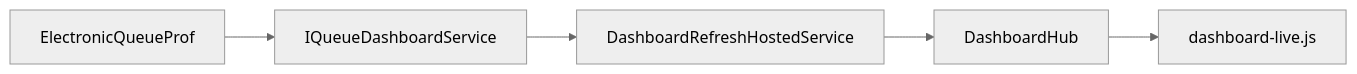
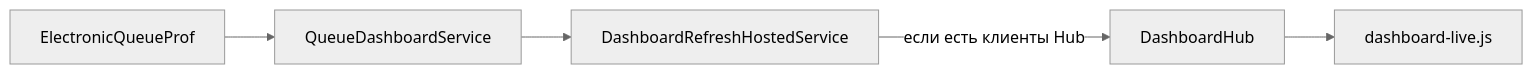
The diagram in WebApplication/docs/archive/project-requirements/dashboard-live-monitoring-minimum.md (qelezy/queue_system), drawn with Mermaid (neutral theme) before and after one commit. The commit also changed other lines of this file and 197 other files, not shown here.

````diff
--- a/WebApplication/docs/archive/project-requirements/dashboard-live-monitoring-minimum.md
+++ b/WebApplication/docs/archive/project-requirements/dashboard-live-monitoring-minimum.md
@@ -25,13 +25,13 @@
 ```mermaid
 flowchart LR
   eqDb["ElectronicQueueProf"]
-  dashboardSvc["IQueueDashboardService"]
+  dashboardSvc["QueueDashboardService"]
   hosted["DashboardRefreshHostedService"]
   hub["DashboardHub"]
   browser["dashboard-live.js"]
 
   eqDb --> dashboardSvc
   dashboardSvc --> hosted
-  hosted --> hub
+  hosted -->|"если есть клиенты Hub"| hub
   hub --> browser
 ```
````
